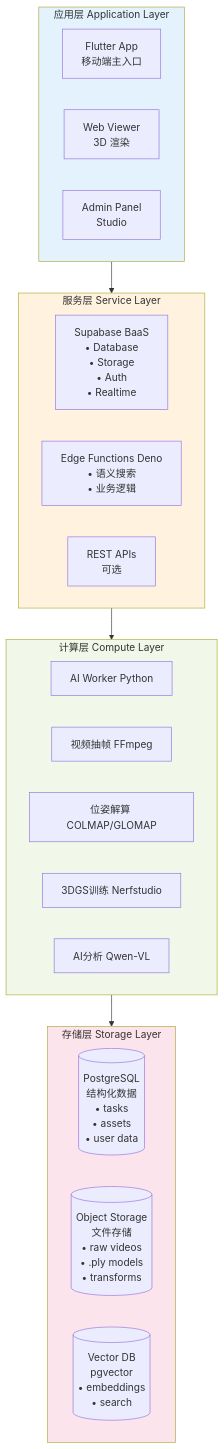
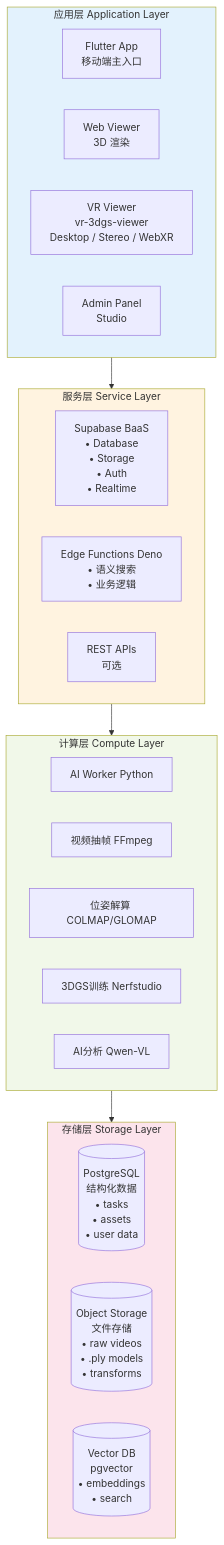
Before and after one commit to tianxingleo/BrainDance: the second of 5 diagrams in docs/02-架构设计/项目架构.md, drawn with Mermaid. The commit also changed other lines of this file and 33 other files, not shown here.

First line of the commit message:
refactor(vr): 将 vr-3dgs-viewer 从 3dgs_viewer 子目录提升至仓库根目录

````diff
--- a/docs/02-架构设计/项目架构.md
+++ b/docs/02-架构设计/项目架构.md
@@ -90,37 +90,38 @@
 ```mermaid
 graph TB
     subgraph AppLayer["应用层 Application Layer"]
         Flutter[Flutter App<br/>移动端主入口]
         Web[Web Viewer<br/>3D 渲染]
+        VR[VR Viewer<br/>vr-3dgs-viewer<br/>Desktop / Stereo / WebXR]
         Admin[Admin Panel<br/>Studio]
     end
 
     subgraph ServiceLayer["服务层 Service Layer"]
         Supa[Supabase BaaS<br/>• Database<br/>• Storage<br/>• Auth<br/>• Realtime]
         Edge[Edge Functions Deno<br/>• 语义搜索<br/>• 业务逻辑]
         APIs[REST APIs<br/>可选]
     end
 
     subgraph ComputeLayer["计算层 Compute Layer"]
         Worker[AI Worker Python]
         FFmpeg[视频抽帧 FFmpeg]
         Pose[位姿解算 COLMAP/GLOMAP]
         Nerf[3DGS训练 Nerfstudio]
         AI[AI分析 Qwen-VL]
     end
 
     subgraph StorageLayer["存储层 Storage Layer"]
         PG[(PostgreSQL<br/>结构化数据<br/>• tasks<br/>• assets<br/>• user data)]
         Obj[(Object Storage<br/>文件存储<br/>• raw videos<br/>• .ply models<br/>• transforms)]
         Vec[(Vector DB<br/>pgvector<br/>• embeddings<br/>• search)]
     end
 
     AppLayer --> ServiceLayer
     ServiceLayer --> ComputeLayer
     ComputeLayer --> StorageLayer
 
     style AppLayer fill:#e3f2fd
     style ServiceLayer fill:#fff3e0
     style ComputeLayer fill:#f1f8e9
     style StorageLayer fill:#fce4ec
 ```
````
